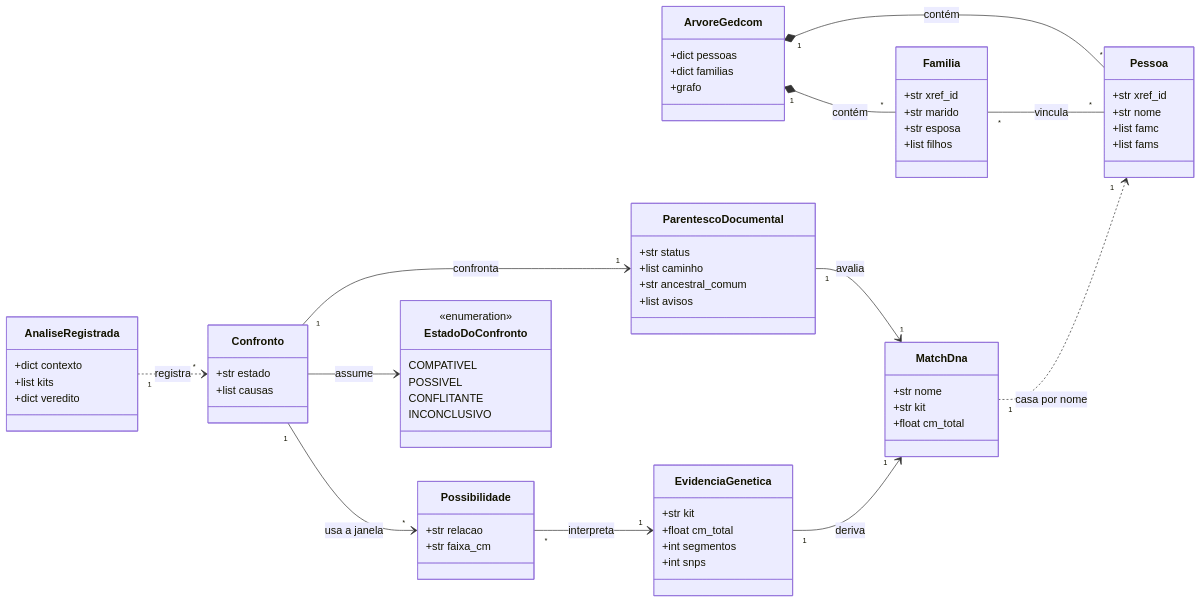
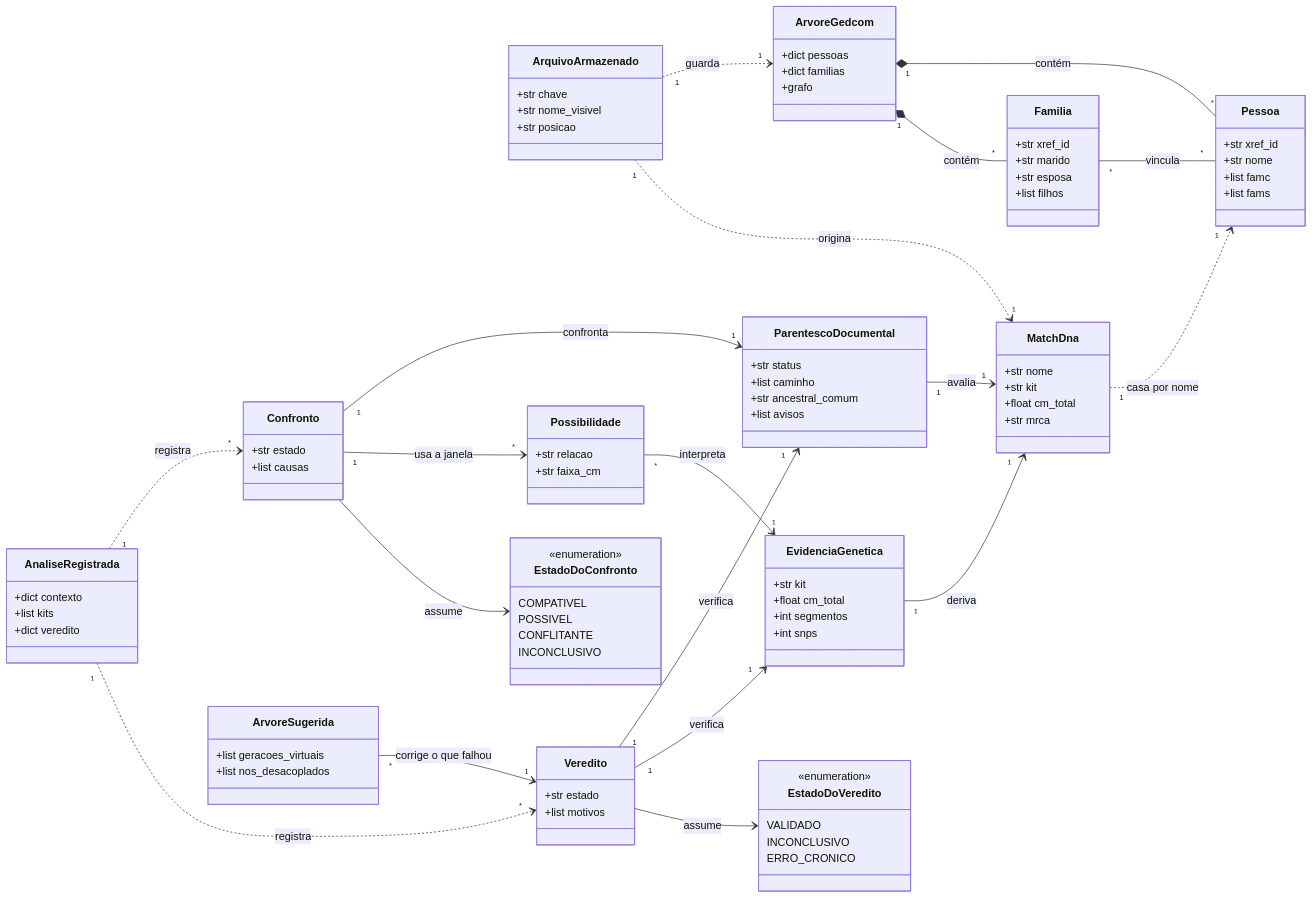
Before and after one commit to Adriano1976/reversa-analisador-genealogico: the third of 4 diagrams in README.md, drawn with Mermaid. The commit also changed other lines of this file, not shown here.

Commit message:
docs(readme): documenta o veredito de viabilidade e a stack

````diff
--- a/README.md
+++ b/README.md
@@ -130,6 +155,11 @@
 ```mermaid
 classDiagram
     direction LR
+    class ArquivoArmazenado {
+        +str chave
+        +str nome_visivel
+        +str posicao
+    }
     class ArvoreGedcom {
         +dict pessoas
         +dict familias
@@ -151,6 +181,7 @@
         +str nome
         +str kit
         +float cm_total
+        +str mrca
     }
     class ParentescoDocumental {
         +str status
@@ -172,6 +203,14 @@
         +str estado
         +list causas
     }
+    class Veredito {
+        +str estado
+        +list motivos
+    }
+    class ArvoreSugerida {
+        +list geracoes_virtuais
+        +list nos_desacoplados
+    }
     class AnaliseRegistrada {
         +dict contexto
         +list kits
@@ -184,6 +223,14 @@
         CONFLITANTE
         INCONCLUSIVO
     }
+    class EstadoDoVeredito {
+        <<enumeration>>
+        VALIDADO
+        INCONCLUSIVO
+        ERRO_CRONICO
+    }
+    ArquivoArmazenado "1" ..> "1" ArvoreGedcom : guarda
+    ArquivoArmazenado "1" ..> "1" MatchDna : origina
     ArvoreGedcom "1" *-- "*" Pessoa : contém
     ArvoreGedcom "1" *-- "*" Familia : contém
     Familia "*" -- "*" Pessoa : vincula
@@ -194,5 +241,10 @@
     Confronto "1" --> "1" ParentescoDocumental : confronta
     Confronto "1" --> "*" Possibilidade : usa a janela
     Confronto --> EstadoDoConfronto : assume
+    Veredito "1" --> "1" ParentescoDocumental : verifica
+    Veredito "1" --> "1" EvidenciaGenetica : verifica
+    Veredito --> EstadoDoVeredito : assume
+    ArvoreSugerida "*" --> "1" Veredito : corrige o que falhou
     AnaliseRegistrada "1" ..> "*" Confronto : registra
+    AnaliseRegistrada "1" ..> "*" Veredito : registra
 ```
````
